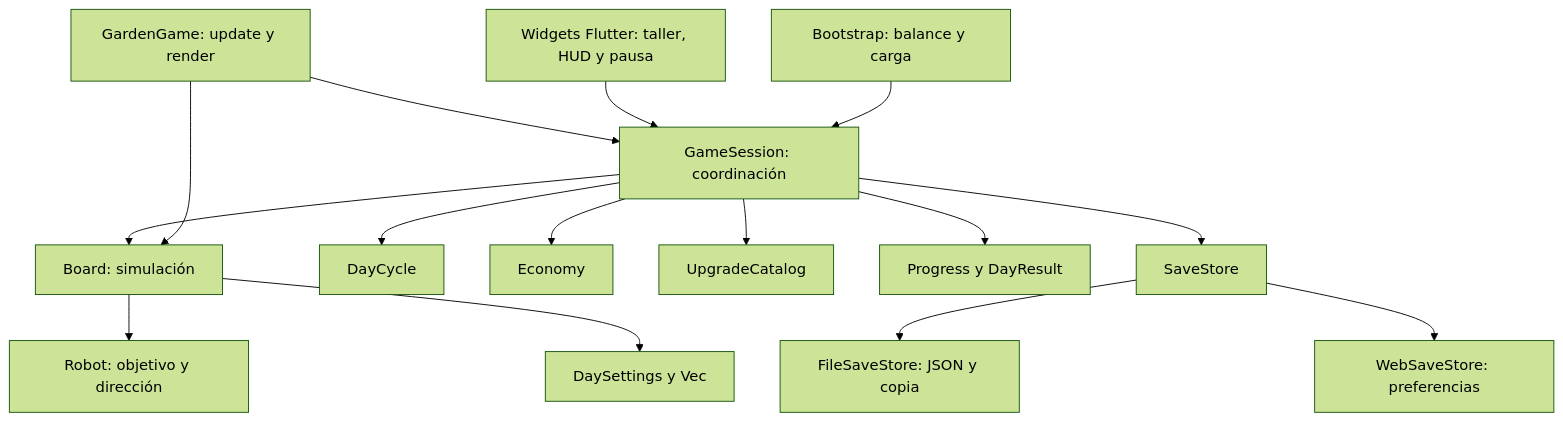
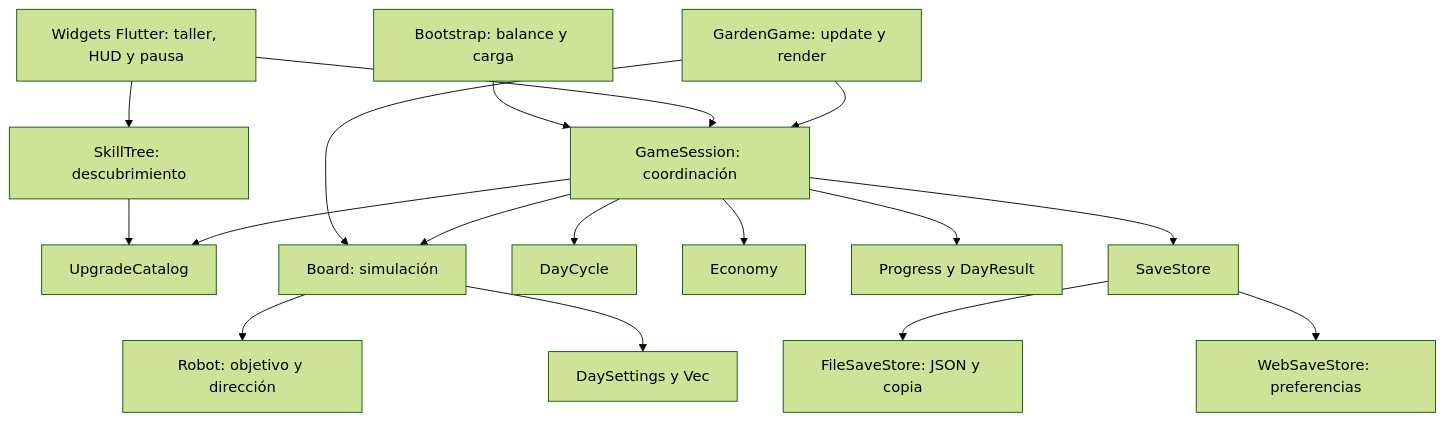
One commit to migdlp/incremental_hole_game changed the first of 3 diagrams in docs/implementacion.md. Above: the diagram before and after it, drawn with Mermaid (forest theme). The commit also changed other lines of this file and 12 other files, not shown here.

````diff
--- a/docs/implementacion.md
+++ b/docs/implementacion.md
@@ -9,17 +9,19 @@
 ```mermaid
 flowchart TD
     BOOT[Bootstrap: balance y carga] --> SESSION[GameSession: coordinación]
     UI[Widgets Flutter: taller, HUD y pausa] --> SESSION
+    UI --> TREE[SkillTree: descubrimiento]
+    TREE --> UP
     VIEW[GardenGame: update y render] --> SESSION
     VIEW --> BOARD[Board: simulación]
     SESSION --> BOARD
     SESSION --> CLOCK[DayCycle]
     SESSION --> MONEY[Economy]
     SESSION --> UP[UpgradeCatalog]
     SESSION --> PROGRESS[Progress y DayResult]
     BOARD --> ROBOT[Robot: objetivo y dirección]
     BOARD --> SETTINGS[DaySettings y Vec]
     SESSION --> PORT[SaveStore]
     PORT --> NATIVE[FileSaveStore: JSON y copia]
     PORT --> WEB[WebSaveStore: preferencias]
 ```
````
